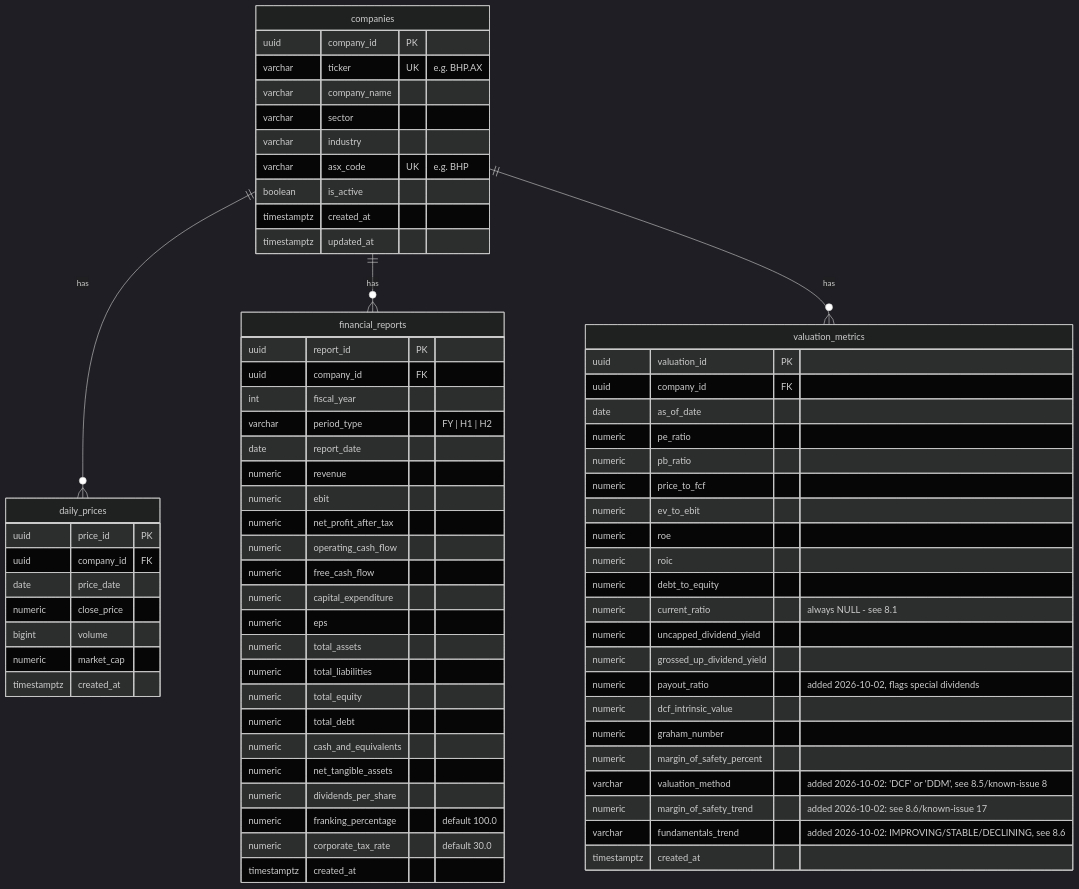
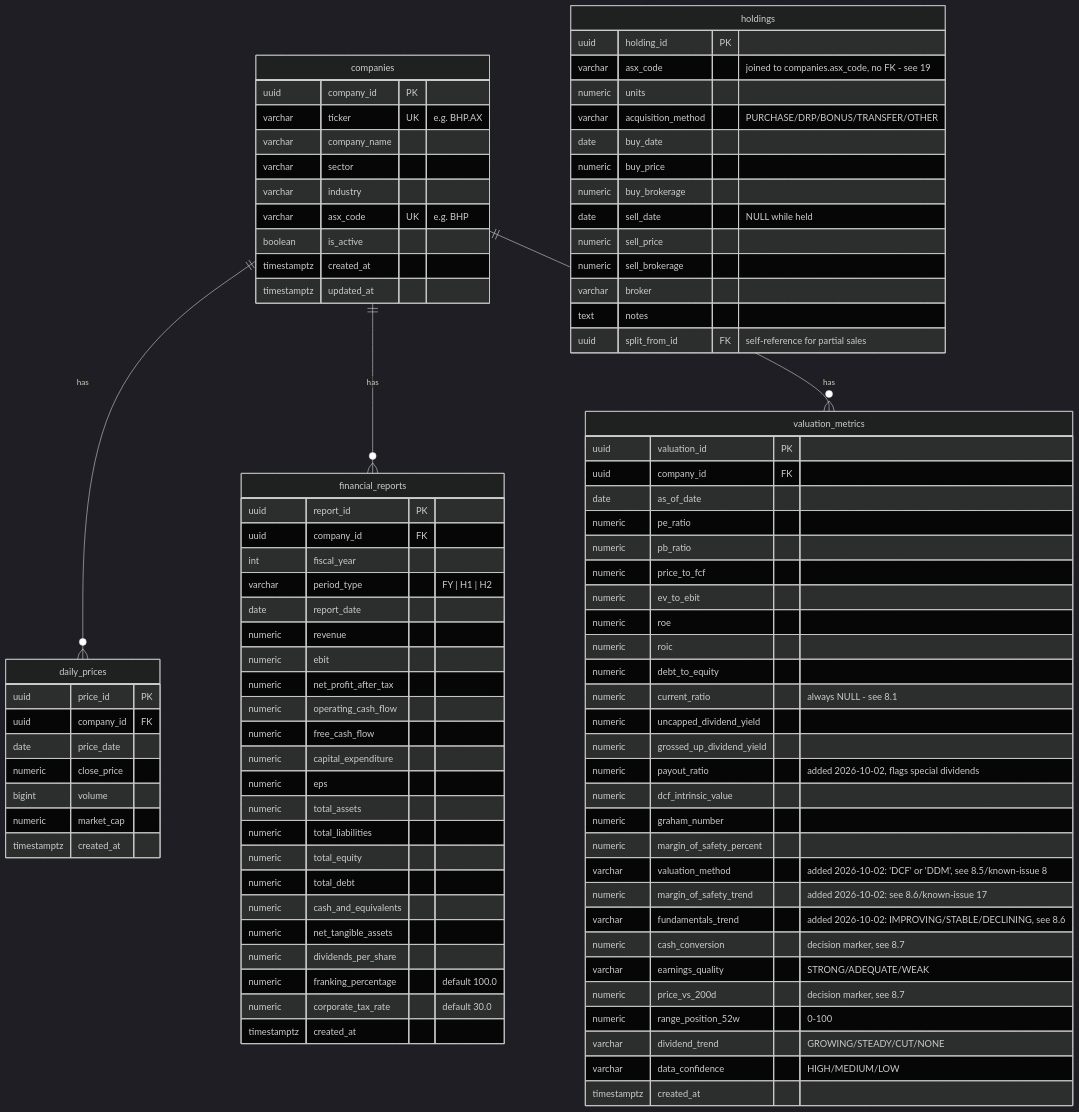
Before and after one commit to davidstangherlin/Portfolio: the second of 2 diagrams in docs/AS_BUILT.md, drawn with Mermaid (dark theme). The commit also changed other lines of this file and 23 other files, not shown here.

````diff
--- a/docs/AS_BUILT.md
+++ b/docs/AS_BUILT.md
@@ -197,6 +207,27 @@
         varchar valuation_method "added 2026-10-02: 'DCF' or 'DDM', see 8.5/known-issue 8"
         numeric margin_of_safety_trend "added 2026-10-02: see 8.6/known-issue 17"
         varchar fundamentals_trend "added 2026-10-02: IMPROVING/STABLE/DECLINING, see 8.6"
+        numeric cash_conversion "decision marker, see 8.7"
+        varchar earnings_quality "STRONG/ADEQUATE/WEAK"
+        numeric price_vs_200d "decision marker, see 8.7"
+        numeric range_position_52w "0-100"
+        varchar dividend_trend "GROWING/STEADY/CUT/NONE"
+        varchar data_confidence "HIGH/MEDIUM/LOW"
         timestamptz created_at
     }
+    holdings {
+        uuid holding_id PK
+        varchar asx_code "joined to companies.asx_code, no FK - see 19"
+        numeric units
+        varchar acquisition_method "PURCHASE/DRP/BONUS/TRANSFER/OTHER"
+        date buy_date
+        numeric buy_price
+        numeric buy_brokerage
+        date sell_date "NULL while held"
+        numeric sell_price
+        numeric sell_brokerage
+        varchar broker
+        text notes
+        uuid split_from_id FK "self-reference for partial sales"
+    }
 ```
````
